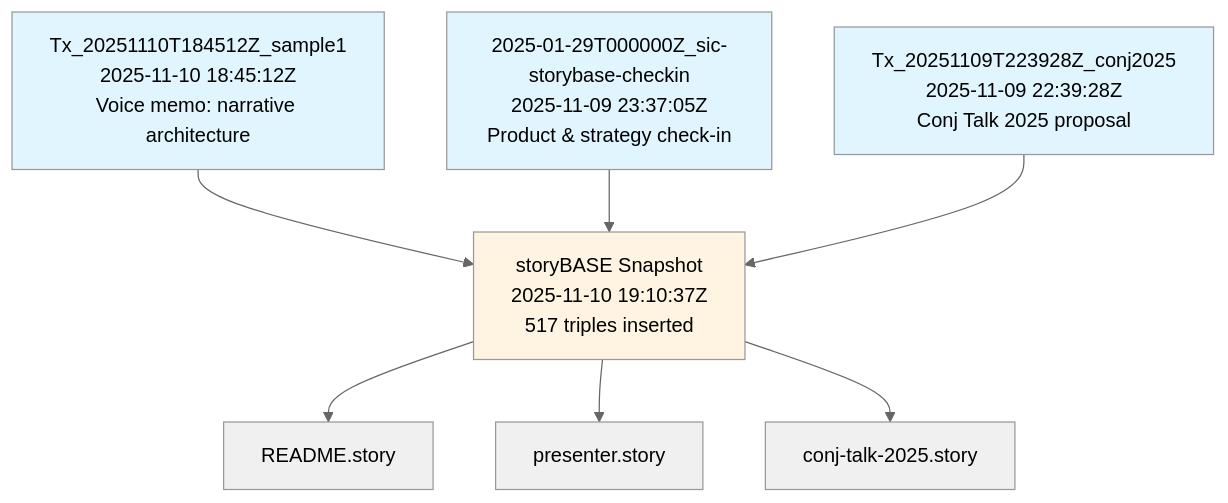
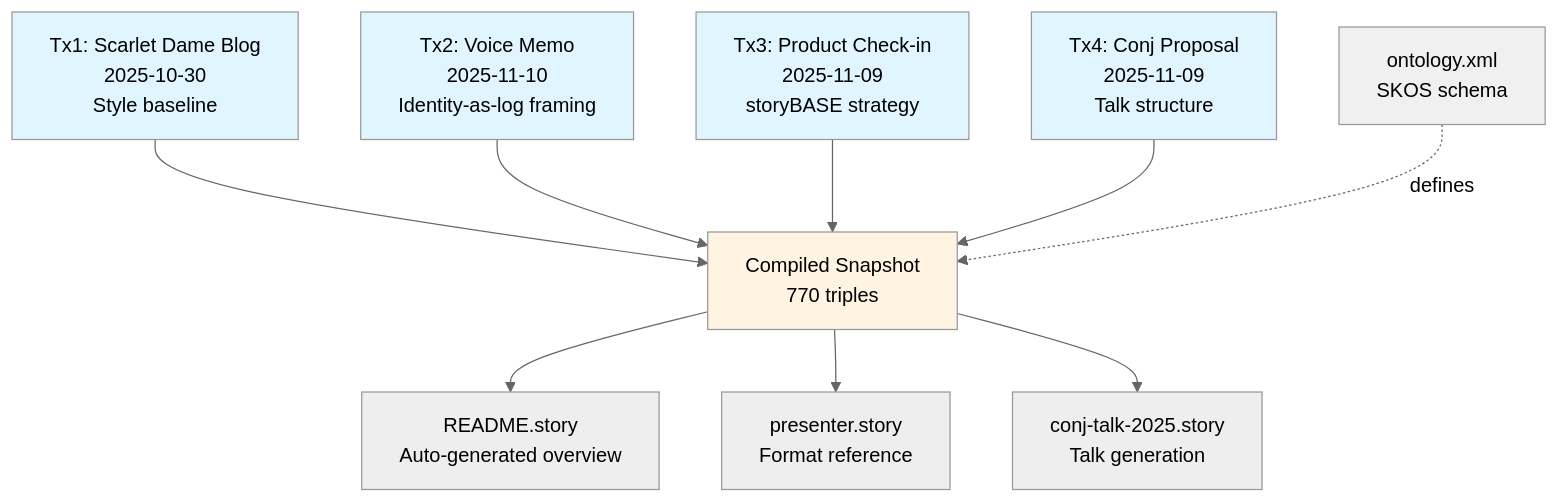
One commit to Synthetic-Identity-Co/conj-talk-2025 changed the first of 2 diagrams in README.md. Above: the diagram before and after it, drawn with Mermaid (neutral theme). The commit also changed other lines of this file, not shown here.

Commit message:
story:  33b1a5a4822c5ae0091ca6ddd4d23fba4f2e920e

````diff
--- a/README.md
+++ b/README.md
@@ -146,24 +167,20 @@
 ```mermaid
 graph TD
-    TX1[Tx_20251110T184512Z_sample1<br/>2025-11-10 18:45:12Z<br/>Voice memo: narrative architecture]
-    TX2[2025-01-29T000000Z_sic-storybase-checkin<br/>2025-11-09 23:37:05Z<br/>Product & strategy check-in]
-    TX3[Tx_20251109T223928Z_conj2025<br/>2025-11-09 22:39:28Z<br/>Conj Talk 2025 proposal]
+    Tx1[Tx1: Scarlet Dame Blog<br/>2025-10-30<br/>Style baseline] --> Snapshot[Compiled Snapshot<br/>770 triples]
+    Tx2[Tx2: Voice Memo<br/>2025-11-10<br/>Identity-as-log framing] --> Snapshot
+    Tx3[Tx3: Product Check-in<br/>2025-11-09<br/>storyBASE strategy] --> Snapshot
+    Tx4[Tx4: Conj Proposal<br/>2025-11-09<br/>Talk structure] --> Snapshot
     
-    SNAPSHOT[storyBASE Snapshot<br/>2025-11-10 19:10:37Z<br/>517 triples inserted]
+    Snapshot --> README[README.story<br/>Auto-generated overview]
+    Snapshot --> Presenter[presenter.story<br/>Format reference]
+    Snapshot --> Conj[conj-talk-2025.story<br/>Talk generation]
     
-    TX1 --> SNAPSHOT
-    TX2 --> SNAPSHOT
-    TX3 --> SNAPSHOT
+    Ontology[ontology.xml<br/>SKOS schema] -.defines.-> Snapshot
     
-    SNAPSHOT --> README[README.story]
-    SNAPSHOT --> PRESENTER[presenter.story]
-    SNAPSHOT --> CONJ[conj-talk-2025.story]
-    
-    style TX1 fill:#e1f5ff
-    style TX2 fill:#e1f5ff
-    style TX3 fill:#e1f5ff
-    style SNAPSHOT fill:#fff4e1
-    style README fill:#f0f0f0
-    style PRESENTER fill:#f0f0f0
-    style CONJ fill:#f0f0f0
+    style Tx1 fill:#e1f5ff
+    style Tx2 fill:#e1f5ff
+    style Tx3 fill:#e1f5ff
+    style Tx4 fill:#e1f5ff
+    style Snapshot fill:#fff4e1
+    style Ontology fill:#f0f0f0
 ```
````
